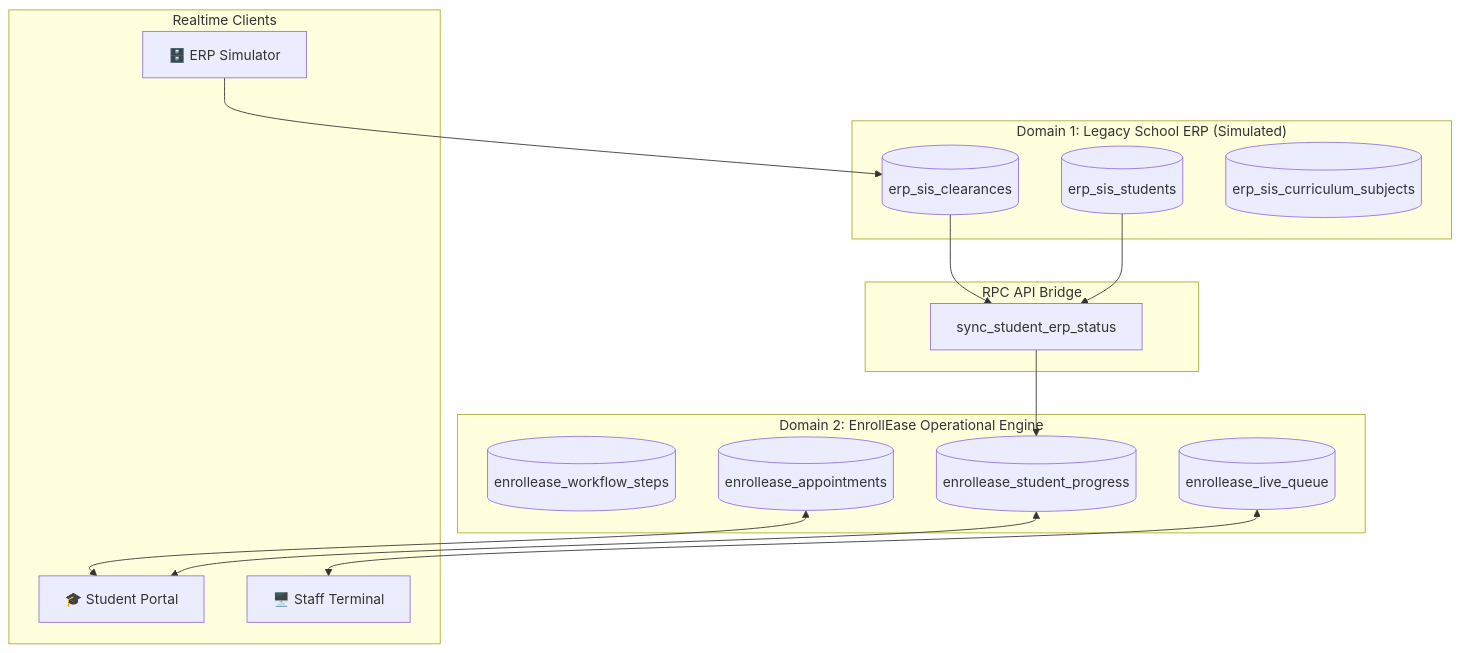
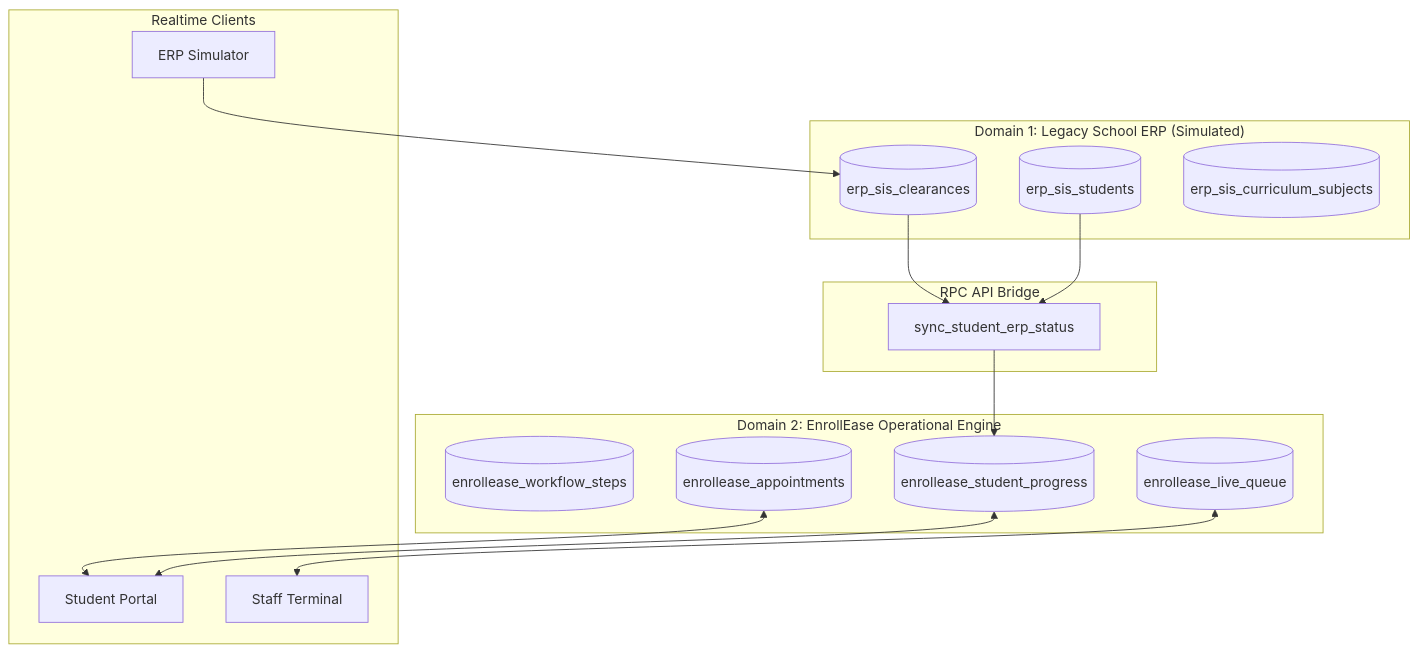
Before and after one commit to LOYDIE8/PC316: the diagram in README.md, drawn with Mermaid. The commit also changed other lines of this file and 6 other files, not shown here.

Commit message:
feat: implement 6-stage campus enrollment flow, remove all emojis, and standardize 7-digit student IDs

````diff
--- a/README.md
+++ b/README.md
@@ -36,33 +36,33 @@
 ```mermaid
 graph TD
     subgraph "Domain 1: Legacy School ERP (Simulated)"
         ERP1[(erp_sis_students)]
         ERP2[(erp_sis_clearances)]
         ERP3[(erp_sis_curriculum_subjects)]
     end
 
     subgraph "RPC API Bridge"
         RPC[sync_student_erp_status]
     end
 
     subgraph "Domain 2: EnrollEase Operational Engine"
         OP1[(enrollease_workflow_steps)]
         OP2[(enrollease_student_progress)]
         OP3[(enrollease_appointments)]
         OP4[(enrollease_live_queue)]
     end
 
     subgraph "Realtime Clients"
-        STU[🎓 Student Portal]
-        STAFF[🖥️ Staff Terminal]
-        SIM[🗄️ ERP Simulator]
+        STU[Student Portal]
+        STAFF[Staff Terminal]
+        SIM[ERP Simulator]
     end
 
     ERP2 --> RPC
     ERP1 --> RPC
     RPC --> OP2
     OP4 <--> STAFF
     OP3 <--> STU
     OP2 <--> STU
     SIM --> ERP2
 ```
````
